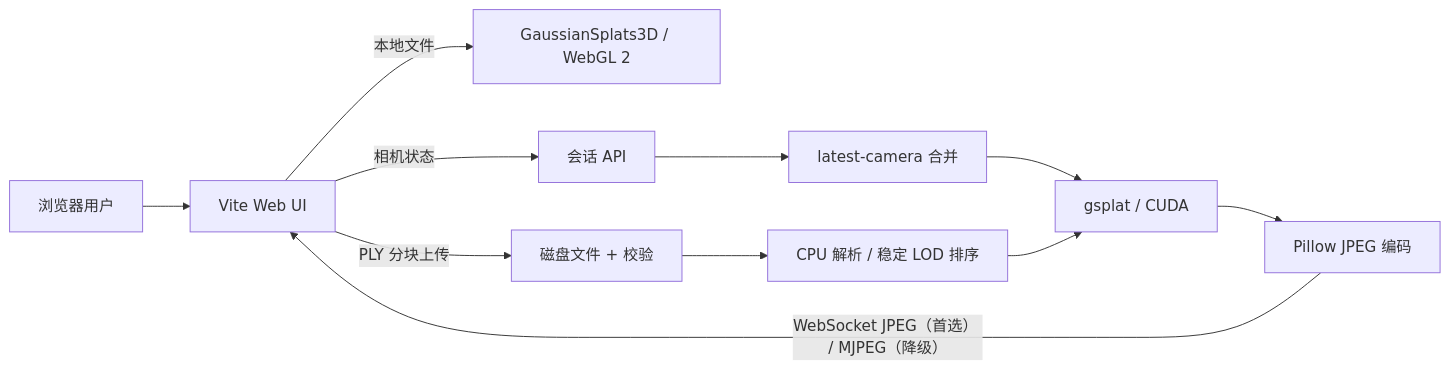
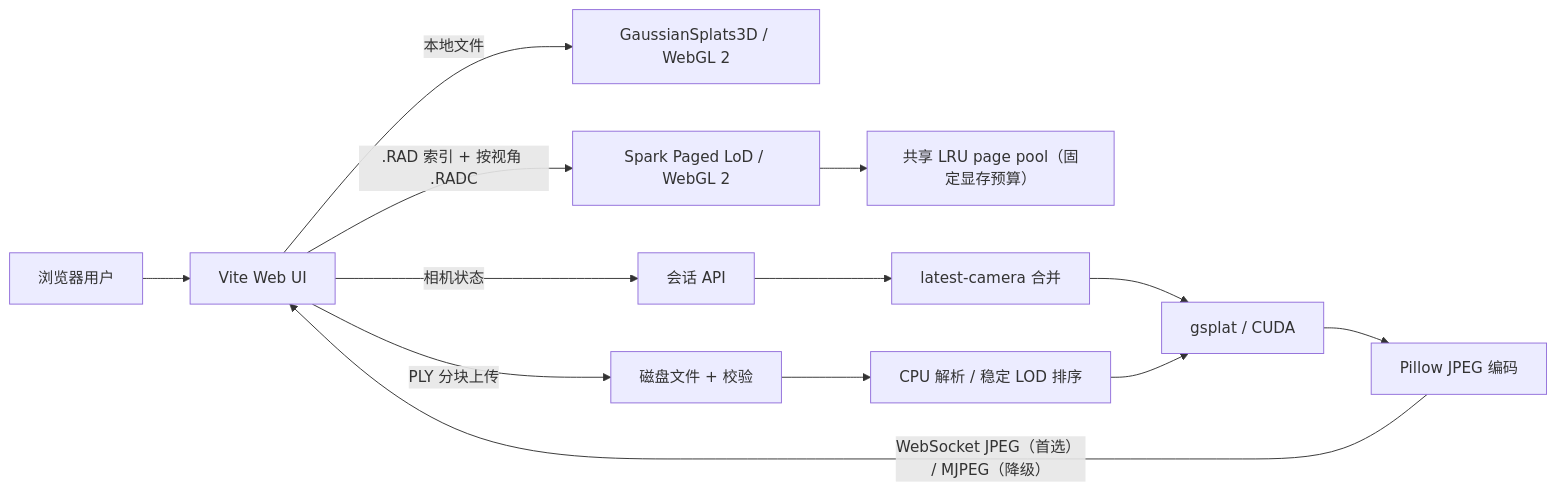
The diagram in docs/ARCHITECTURE.md (prologu/3DRender), drawn with Mermaid before and after one commit. The commit also changed other lines of this file and 13 other files, not shown here.

````diff
--- a/docs/ARCHITECTURE.md
+++ b/docs/ARCHITECTURE.md
@@ -5,13 +5,15 @@
 ```mermaid
 flowchart LR
     U["浏览器用户"] --> UI["Vite Web UI"]
     UI -->|"本地文件"| W["GaussianSplats3D / WebGL 2"]
+    UI -->|".RAD 索引 + 按视角 .RADC"| L["Spark Paged LoD / WebGL 2"]
+    L --> Q["共享 LRU page pool（固定显存预算）"]
     UI -->|"相机状态"| S["会话 API"]
     S --> C["latest-camera 合并"]
     C --> G["gsplat / CUDA"]
     G --> J["Pillow JPEG 编码"]
     J -->|"WebSocket JPEG（首选） / MJPEG（降级）"| UI
     UI -->|"PLY 分块上传"| P["磁盘文件 + 校验"]
     P --> M["CPU 解析 / 稳定 LOD 排序"]
     M --> G
 ```
````
